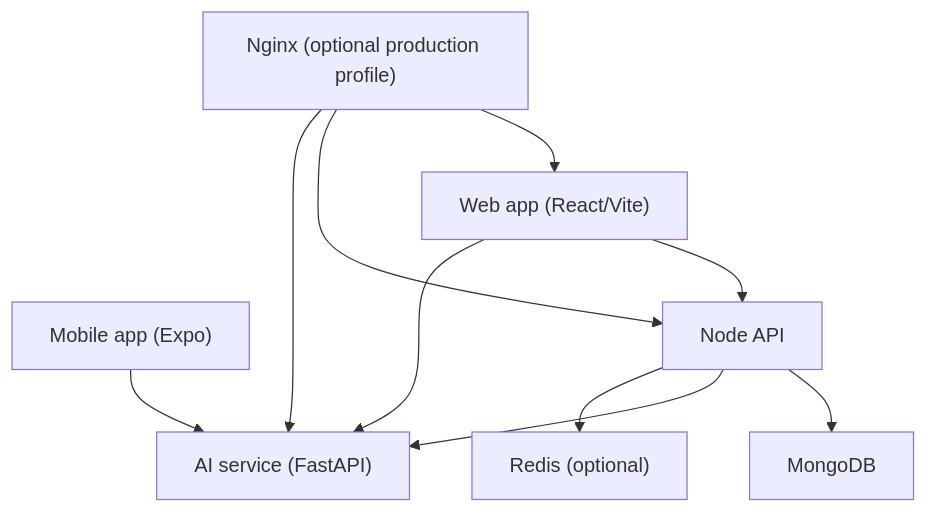
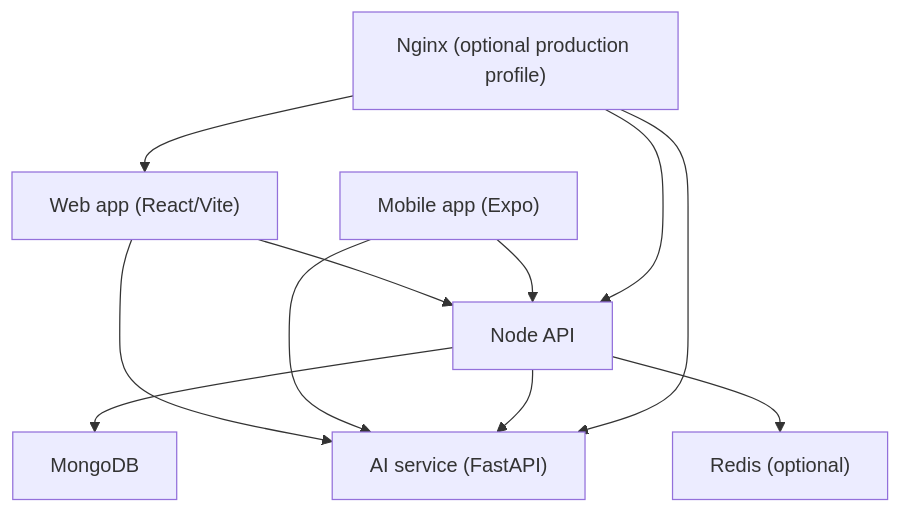
One commit to przemekp95/eisenhower changed the first of 3 diagrams in INFRASTRUCTURE.md. Above: the diagram before and after it, drawn with Mermaid. The commit also changed other lines of this file and 18 other files, not shown here.

Commit message:
feat: finish mobile runtime flows

````diff
--- a/INFRASTRUCTURE.md
+++ b/INFRASTRUCTURE.md
@@ -32,20 +32,21 @@
 ```mermaid
 graph TB
     Web["Web app (React/Vite)"]
     Mobile["Mobile app (Expo)"]
     Api["Node API"]
     Ai["AI service (FastAPI)"]
     Mongo["MongoDB"]
     Redis["Redis (optional)"]
     Nginx["Nginx (optional production profile)"]
 
     Web --> Api
     Web --> Ai
+    Mobile --> Api
     Mobile --> Ai
     Api --> Mongo
     Api --> Ai
     Api --> Redis
     Nginx --> Web
     Nginx --> Api
     Nginx --> Ai
 ```
````
